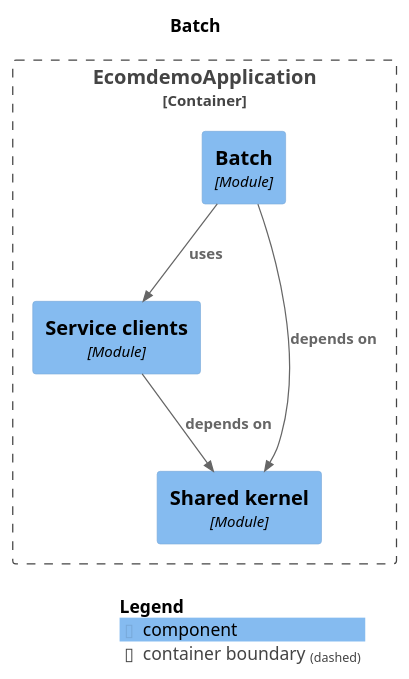
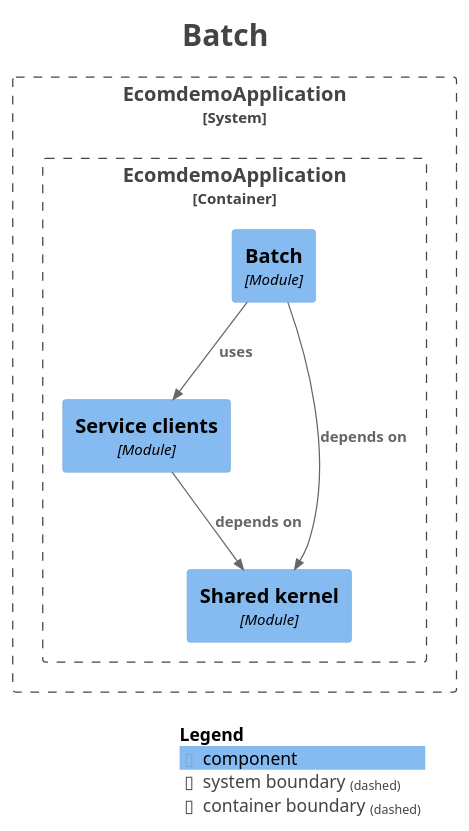
The diagram in docs/modules/module-batch.puml (mr-sujay-patil/ecomdemo), drawn with PlantUML before and after one commit. The commit also changed 17 other files, not shown here.

```diff
--- a/docs/modules/module-batch.puml
+++ b/docs/modules/module-batch.puml
@@ -1,22 +1,33 @@
 @startuml
+title <size:24>Batch</size>
+
 set separator none
-title Batch
+top to bottom direction
 
-top to bottom direction
+<style>
+  root {
+    BackgroundColor: #ffffff
+    FontColor: #444444
+  }
+</style>
 
 !include <C4/C4>
 !include <C4/C4_Context>
 !include <C4/C4_Component>
 
-Container_Boundary("EcomdemoApplication.EcomdemoApplication_boundary", "EcomdemoApplication", $tags="") {
-  Component(EcomdemoApplication.EcomdemoApplication.Serviceclients, "Service clients", $techn="Module", $descr="", $tags="", $link="")
-  Component(EcomdemoApplication.EcomdemoApplication.Batch, "Batch", $techn="Module", $descr="", $tags="", $link="")
-  Component(EcomdemoApplication.EcomdemoApplication.Sharedkernel, "Shared kernel", $techn="Module", $descr="", $tags="", $link="")
+System_Boundary("EcomdemoApplication_boundary", "EcomdemoApplication", $tags="") {
+  Container_Boundary("EcomdemoApplication.EcomdemoApplication_boundary", "EcomdemoApplication", $tags="") {
+    Component(EcomdemoApplication.EcomdemoApplication.Serviceclients, "Service clients", $techn="Module", $descr="", $tags="", $link="")
+    Component(EcomdemoApplication.EcomdemoApplication.Batch, "Batch", $techn="Module", $descr="", $tags="", $link="")
+    Component(EcomdemoApplication.EcomdemoApplication.Sharedkernel, "Shared kernel", $techn="Module", $descr="", $tags="", $link="")
+  }
+
 }
 
 Rel(EcomdemoApplication.EcomdemoApplication.Batch, EcomdemoApplication.EcomdemoApplication.Serviceclients, "uses", $techn="", $tags="", $link="")
 Rel(EcomdemoApplication.EcomdemoApplication.Batch, EcomdemoApplication.EcomdemoApplication.Sharedkernel, "depends on", $techn="", $tags="", $link="")
 Rel(EcomdemoApplication.EcomdemoApplication.Serviceclients, EcomdemoApplication.EcomdemoApplication.Sharedkernel, "depends on", $techn="", $tags="", $link="")
 
 SHOW_LEGEND(true)
+hide stereotypes
 @enduml
```
